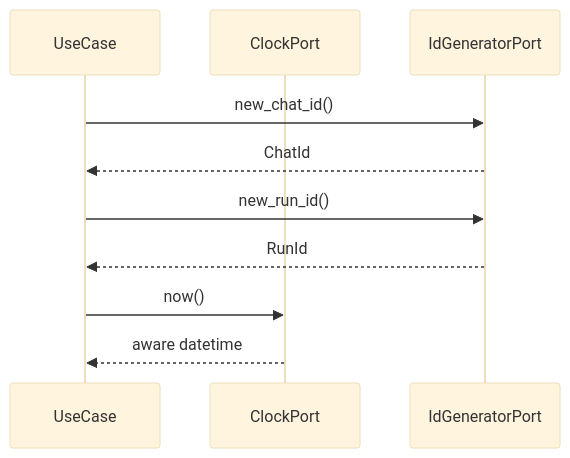
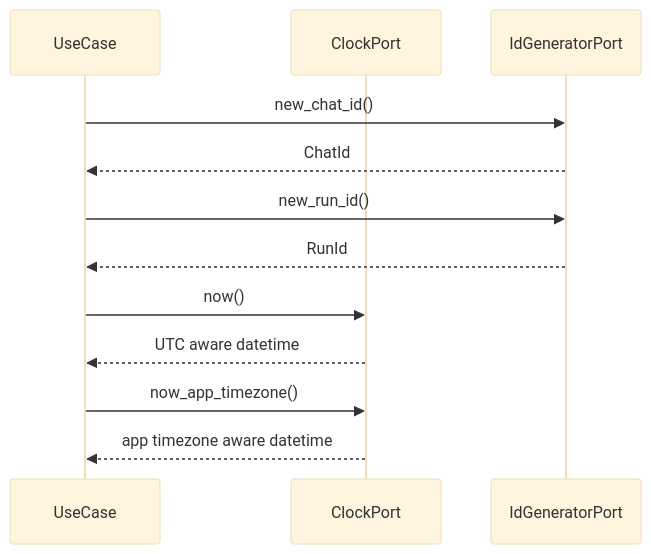
Before and after one commit to mincsys/D-Concierge: the diagram in docs/03_内部設計/03_内部IF設計/RuntimeProviderIF.md, drawn with Mermaid (base theme). The commit also changed other lines of this file and 22 other files, not shown here.

````diff
--- a/docs/03_内部設計/03_内部IF設計/RuntimeProviderIF.md
+++ b/docs/03_内部設計/03_内部IF設計/RuntimeProviderIF.md
@@ -25,13 +25,15 @@
 ```mermaid
 sequenceDiagram
     participant usecase as UseCase
     participant clock as ClockPort
     participant ids as IdGeneratorPort
 
     usecase->>ids: new_chat_id()
     ids-->>usecase: ChatId
     usecase->>ids: new_run_id()
     ids-->>usecase: RunId
     usecase->>clock: now()
-    clock-->>usecase: aware datetime
+    clock-->>usecase: UTC aware datetime
+    usecase->>clock: now_app_timezone()
+    clock-->>usecase: app timezone aware datetime
 ```
````
